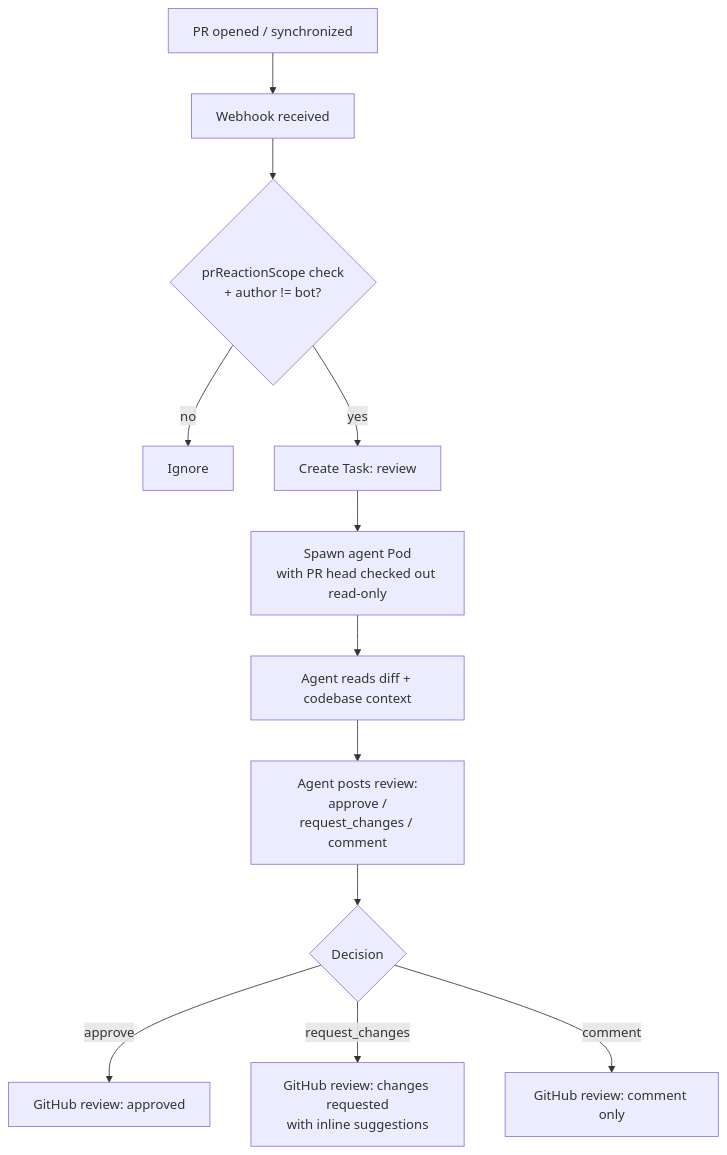
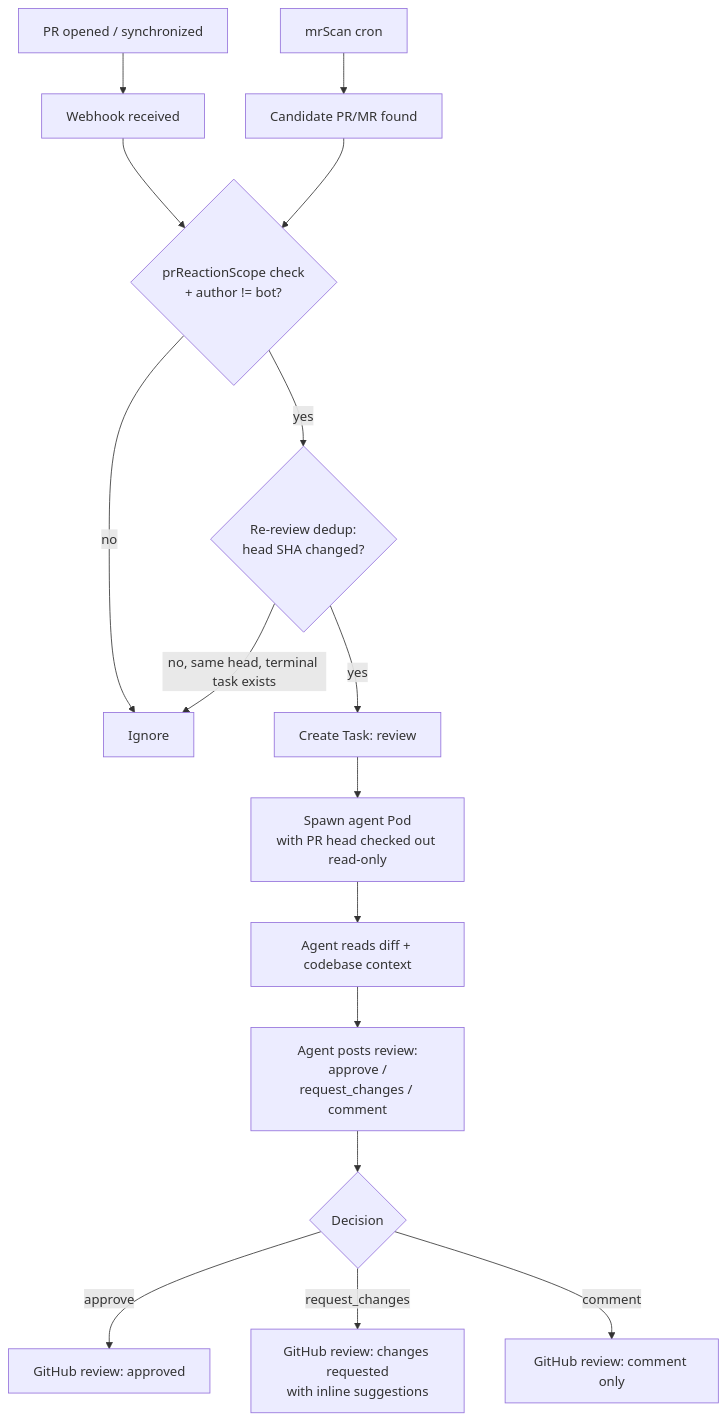
The diagram in docs/workflows/review.md (szymonrychu/tatara-documentation), drawn with Mermaid before and after one commit. The commit also changed other lines of this file and 170 other files, not shown here.

First line of the commit message:
docs: flows + MCP tool reference + tuning guide + design-doc appendix; push-CD live

````diff
--- a/docs/workflows/review.md
+++ b/docs/workflows/review.md
@@ -22,14 +31,18 @@
 ```mermaid
 flowchart TD
     A[PR opened / synchronized] --> B[Webhook received]
+    A2[mrScan cron] --> B2[Candidate PR/MR found]
     B --> C{prReactionScope check\n+ author != bot?}
+    B2 --> C
     C -->|no| D[Ignore]
-    C -->|yes| E[Create Task: review]
+    C -->|yes| C2{Re-review dedup:\nhead SHA changed?}
+    C2 -->|no, same head, terminal task exists| D
+    C2 -->|yes| E[Create Task: review]
     E --> F[Spawn agent Pod\nwith PR head checked out read-only]
     F --> G[Agent reads diff + codebase context]
     G --> H[Agent posts review:\n approve / request_changes / comment]
     H --> I{Decision}
     I -->|approve| J[GitHub review: approved]
     I -->|request_changes| K[GitHub review: changes requested\nwith inline suggestions]
     I -->|comment| L[GitHub review: comment only]
 ```
````
